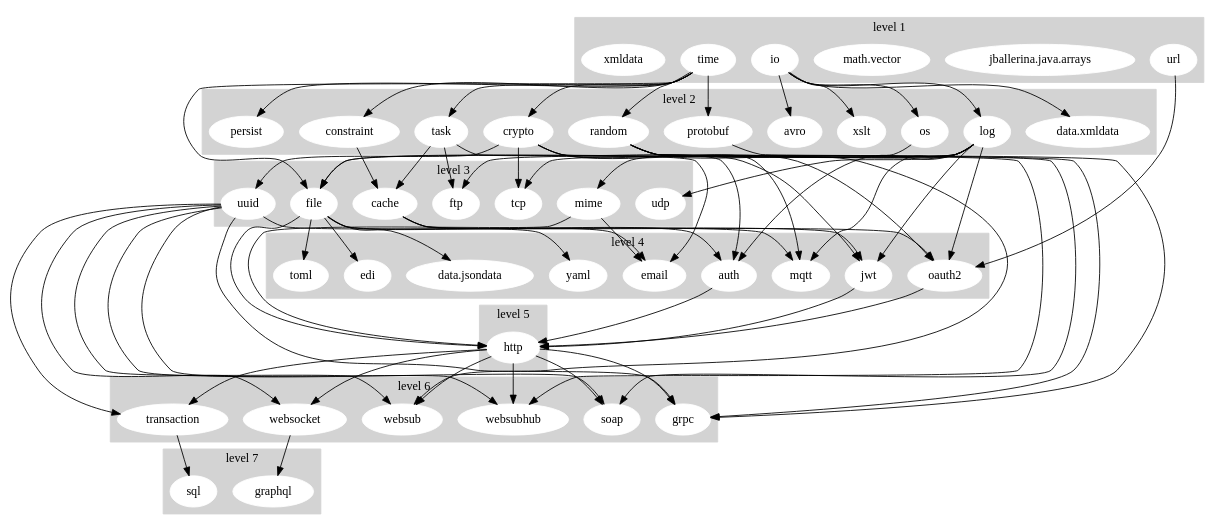
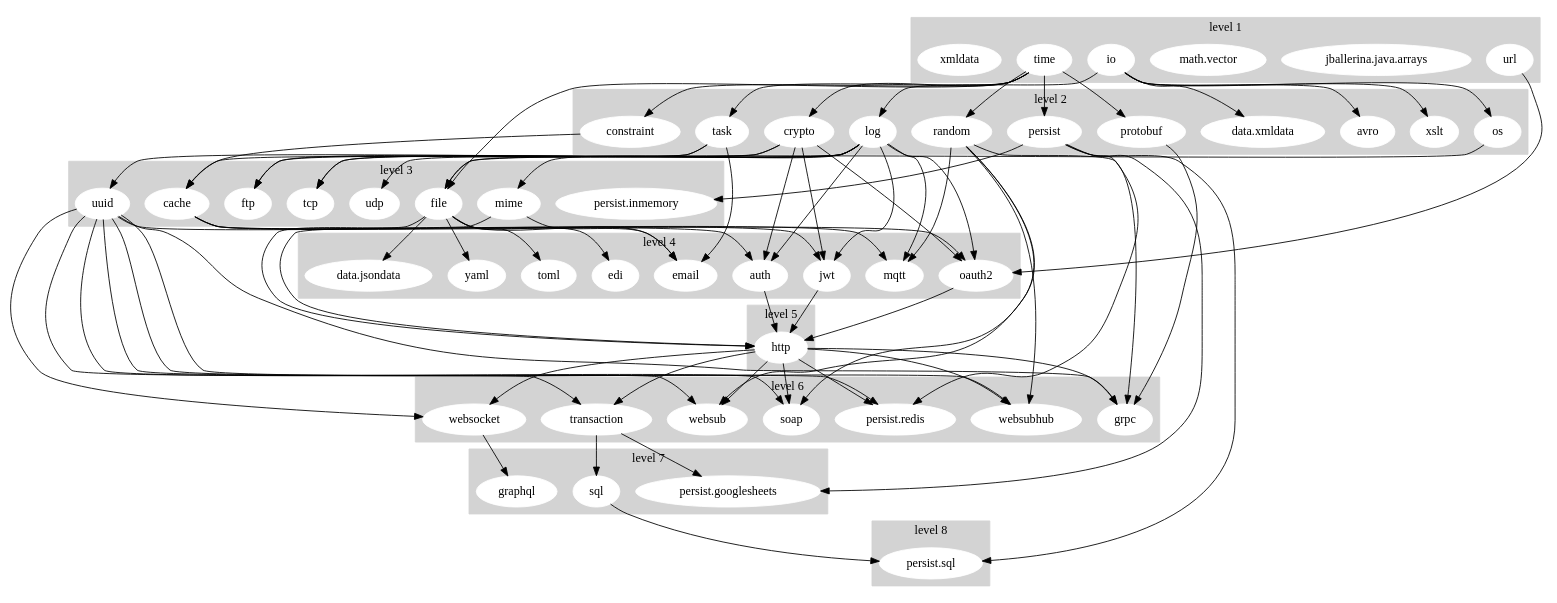
One commit to ballerina-platform/ballerina-release changed the diagram in dashboard/stdlib_graph.gv. Above: the diagram before and after it, drawn with Graphviz.

Commit message:
[Automated] Update Stdlib Dependency Graph

```diff
--- a/dashboard/stdlib_graph.gv
+++ b/dashboard/stdlib_graph.gv
@@ -1,146 +1,163 @@
 digraph "Stdlib Dependency Graph" {
 	subgraph cluster_1 {
 		node [color=white style=filled]
 		color=lightgrey style=filled
 		io
 		"jballerina.java.arrays"
 		"math.vector"
 		time
 		url
 		xmldata
 		label="level 1"
 	}
 	subgraph cluster_2 {
 		node [color=white style=filled]
 		color=lightgrey style=filled
 		avro
 		constraint
 		crypto
 		"data.xmldata"
 		log
 		os
 		persist
 		protobuf
 		random
 		task
 		xslt
 		label="level 2"
 	}
 	subgraph cluster_3 {
 		node [color=white style=filled]
 		color=lightgrey style=filled
 		cache
 		file
 		ftp
 		mime
+		"persist.inmemory"
 		tcp
 		udp
 		uuid
 		label="level 3"
 	}
 	subgraph cluster_4 {
 		node [color=white style=filled]
 		color=lightgrey style=filled
 		auth
 		"data.jsondata"
 		edi
 		email
 		jwt
 		mqtt
 		oauth2
 		toml
 		yaml
 		label="level 4"
 	}
 	subgraph cluster_5 {
 		node [color=white style=filled]
 		color=lightgrey style=filled
 		http
 		label="level 5"
 	}
 	subgraph cluster_6 {
 		node [color=white style=filled]
 		color=lightgrey style=filled
 		grpc
+		"persist.redis"
 		soap
 		transaction
 		websocket
 		websub
 		websubhub
 		label="level 6"
 	}
 	subgraph cluster_7 {
 		node [color=white style=filled]
 		color=lightgrey style=filled
 		graphql
+		"persist.googlesheets"
 		sql
 		label="level 7"
+	}
+	subgraph cluster_8 {
+		node [color=white style=filled]
+		color=lightgrey style=filled
+		"persist.sql"
+		label="level 8"
 	}
 	io -> avro
 	io -> "data.xmldata"
 	io -> log
 	io -> os
 	io -> xslt
 	time -> constraint
 	time -> crypto
 	time -> file
 	time -> persist
 	time -> protobuf
 	time -> random
 	time -> task
 	url -> oauth2
 	constraint -> cache
 	crypto -> auth
 	crypto -> jwt
 	crypto -> oauth2
 	crypto -> tcp
 	crypto -> uuid
 	log -> auth
 	log -> file
 	log -> ftp
 	log -> jwt
 	log -> mime
 	log -> mqtt
 	log -> oauth2
 	log -> tcp
 	log -> udp
 	os -> file
+	persist -> "persist.googlesheets"
+	persist -> "persist.inmemory"
+	persist -> "persist.redis"
+	persist -> "persist.sql"
 	protobuf -> grpc
 	random -> grpc
 	random -> mqtt
 	random -> soap
 	random -> websub
 	random -> websubhub
 	task -> cache
 	task -> email
 	task -> ftp
 	cache -> auth
 	cache -> jwt
 	cache -> oauth2
 	file -> "data.jsondata"
 	file -> edi
 	file -> email
 	file -> http
 	file -> toml
 	file -> yaml
 	mime -> email
 	mime -> http
 	uuid -> grpc
 	uuid -> mqtt
+	uuid -> "persist.redis"
 	uuid -> soap
 	uuid -> transaction
 	uuid -> websocket
 	uuid -> websub
 	uuid -> websubhub
 	auth -> http
 	jwt -> http
 	oauth2 -> http
 	http -> grpc
+	http -> "persist.redis"
 	http -> soap
 	http -> transaction
 	http -> websocket
 	http -> websub
 	http -> websubhub
+	transaction -> "persist.googlesheets"
 	transaction -> sql
 	websocket -> graphql
+	sql -> "persist.sql"
 }
```
